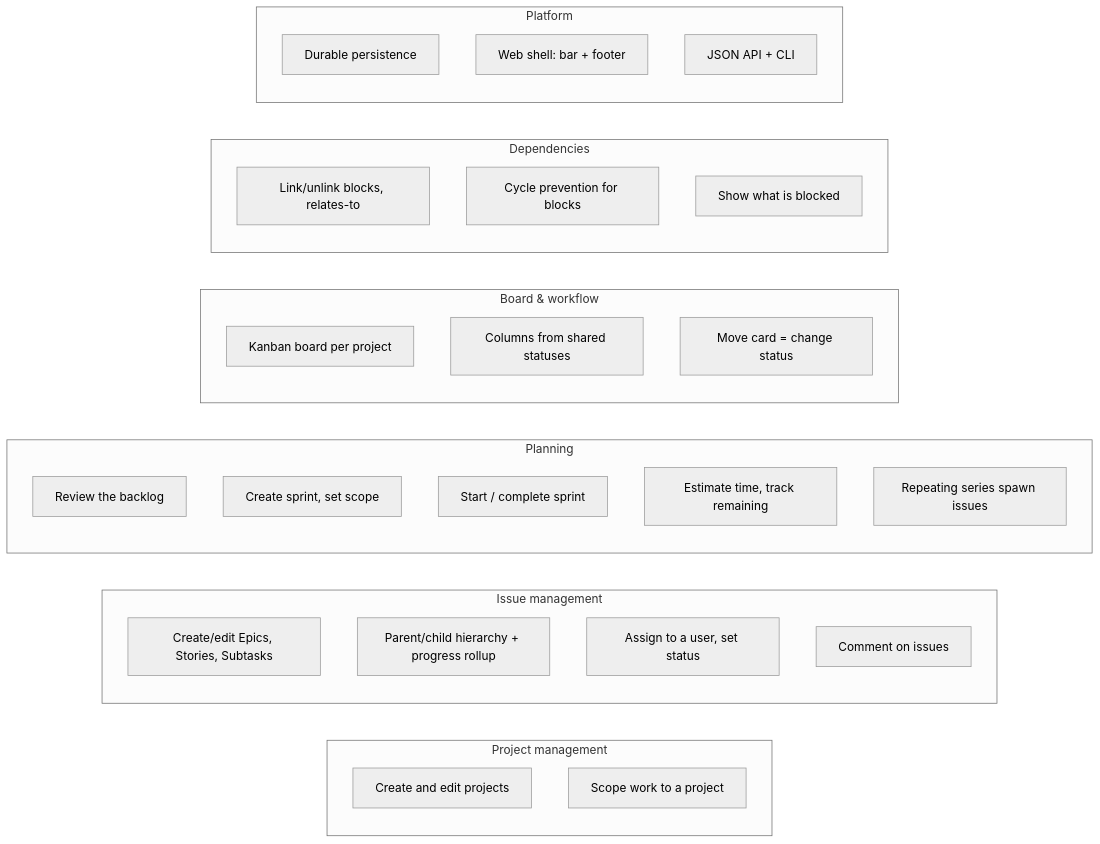
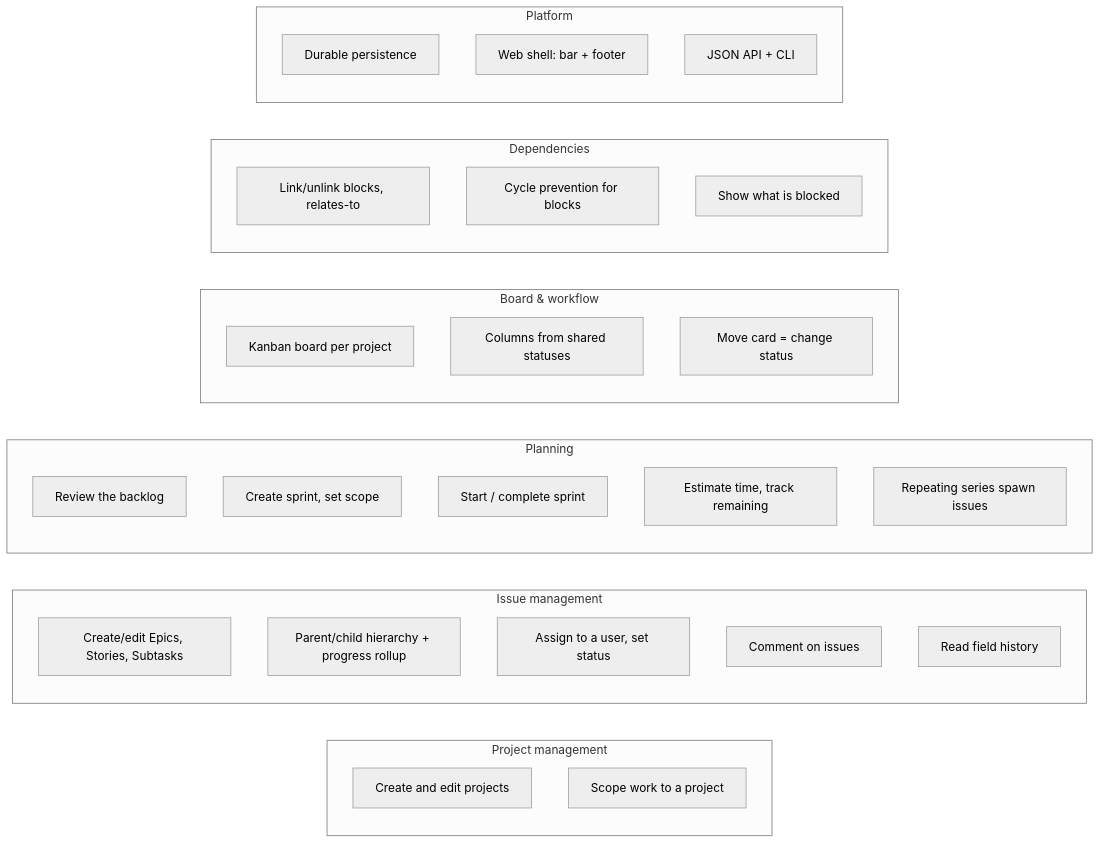
The diagram in docs/architecture/capabilities.md (Mathotics/Keel), drawn with Mermaid (neutral theme) before and after one commit. The commit also changed other lines of this file and 30 other files, not shown here.

````diff
--- a/docs/architecture/capabilities.md
+++ b/docs/architecture/capabilities.md
@@ -5,35 +5,36 @@
 ```mermaid
 flowchart LR
   subgraph Proj["Project management"]
     p1[Create and edit projects]
     p2[Scope work to a project]
   end
   subgraph Issue["Issue management"]
     a1[Create/edit Epics, Stories, Subtasks]
     a2[Parent/child hierarchy + progress rollup]
     a3[Assign to a user, set status]
     a4[Comment on issues]
+    a5[Read field history]
   end
   subgraph Plan["Planning"]
     b1[Review the backlog]
     b2[Create sprint, set scope]
     b3[Start / complete sprint]
     b4[Estimate time, track remaining]
     b5[Repeating series spawn issues]
   end
   subgraph Board["Board & workflow"]
     c1[Kanban board per project]
     c2[Columns from shared statuses]
     c3[Move card = change status]
   end
   subgraph Dep["Dependencies"]
     d1[Link/unlink blocks, relates-to]
     d2[Cycle prevention for blocks]
     d3[Show what is blocked]
   end
   subgraph Plat["Platform"]
     e1[Durable persistence]
     e2[Web shell: bar + footer]
     e3[JSON API + CLI]
   end
 ```
````
